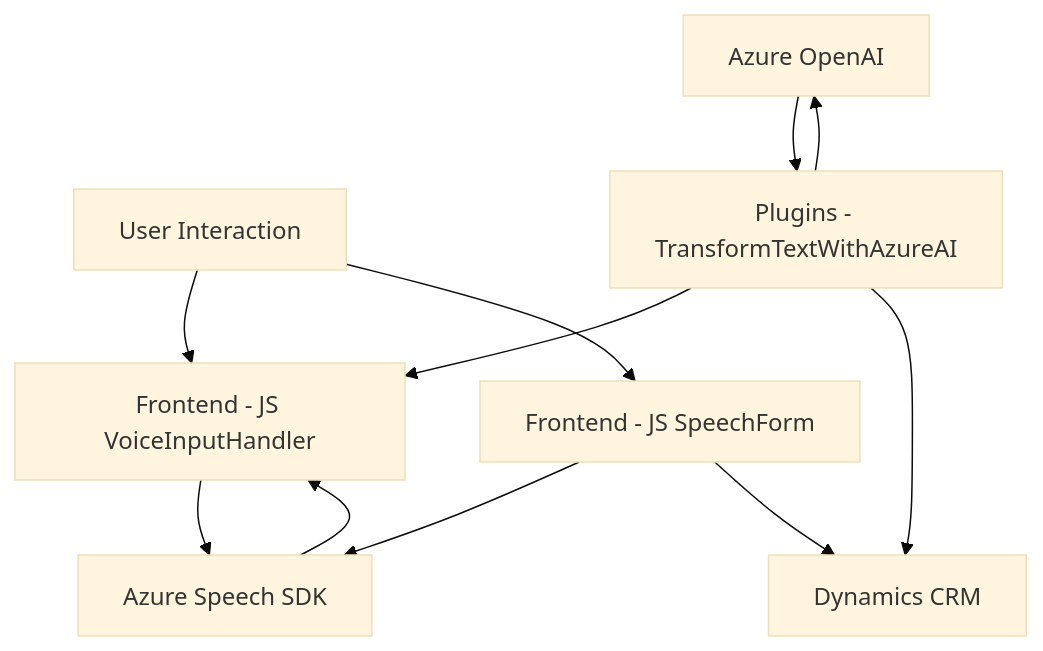
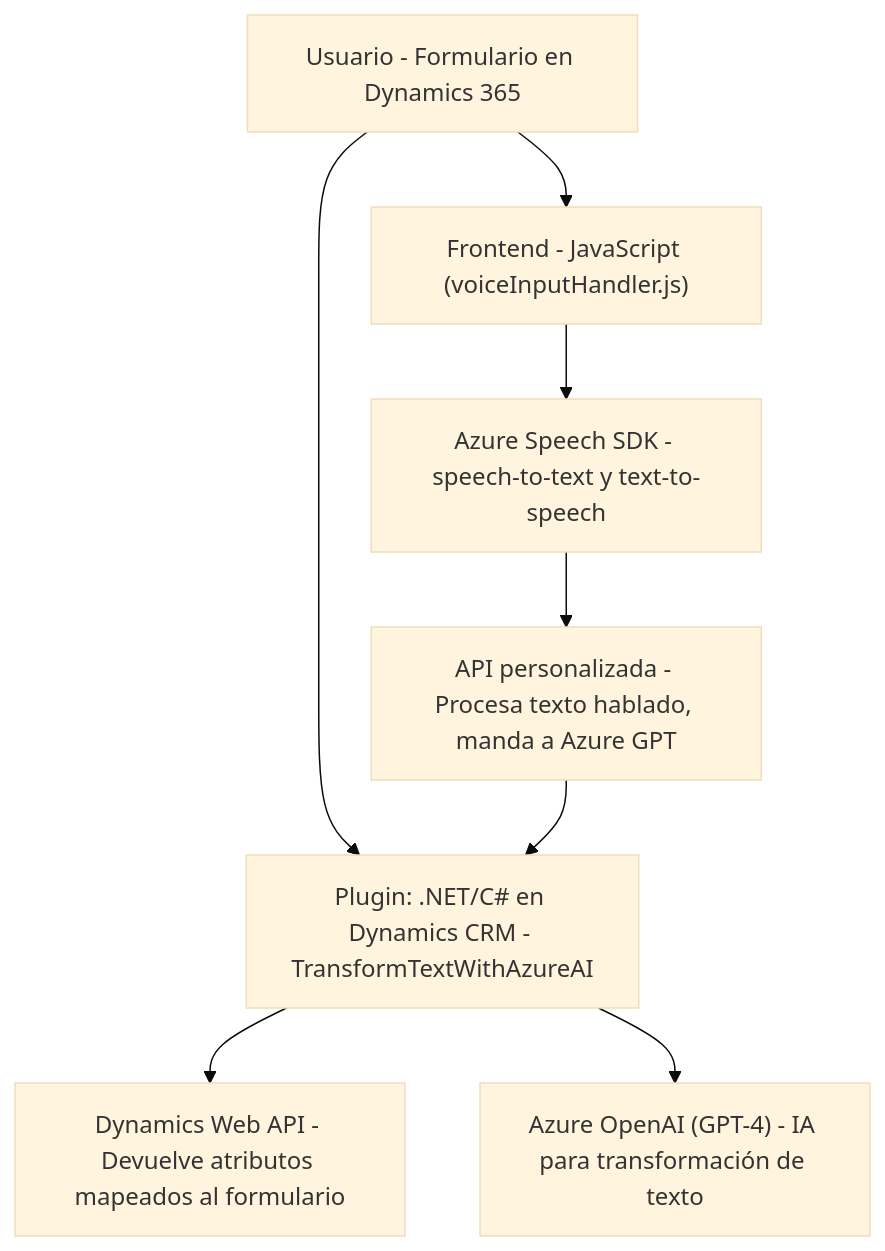
One commit to blopezdm/NETCORE_BILBAO2025 changed the diagram in README.md. Above: the diagram before and after it, drawn with Mermaid (base theme). The commit also changed other lines of this file, not shown here.

````diff
--- a/README.md
+++ b/README.md
@@ -55,21 +54,12 @@
 ```mermaid
 graph TD
-    A["User Interaction"]
-    B["Azure Speech SDK"]
-    C["Azure OpenAI"]
-    D["Frontend - JS VoiceInputHandler"]
-    E["Frontend - JS SpeechForm"]
-    F["Plugins - TransformTextWithAzureAI"]
-    G["Dynamics CRM"]
+    A["Usuario - Formulario en Dynamics 365"] --> B["Frontend - JavaScript (voiceInputHandler.js)"]
+    B --> C["Azure Speech SDK - speech-to-text y text-to-speech"]
+    C --> D["API personalizada - Procesa texto hablado, manda a Azure GPT"]
 
-    A --> D
-    A --> E
-    D --> B
-    E --> B
-    E --> G
-    B --> D
-    F --> D
-    F --> C
-    F --> G
-    C --> F
+    A --> E["Plugin: .NET/C# en Dynamics CRM - TransformTextWithAzureAI"]
+    D --> E
+    E --> F["Dynamics Web API - Devuelve atributos mapeados al formulario"]
+
+    E --> G["Azure OpenAI (GPT-4) - IA para transformación de texto"]
 ```
````
